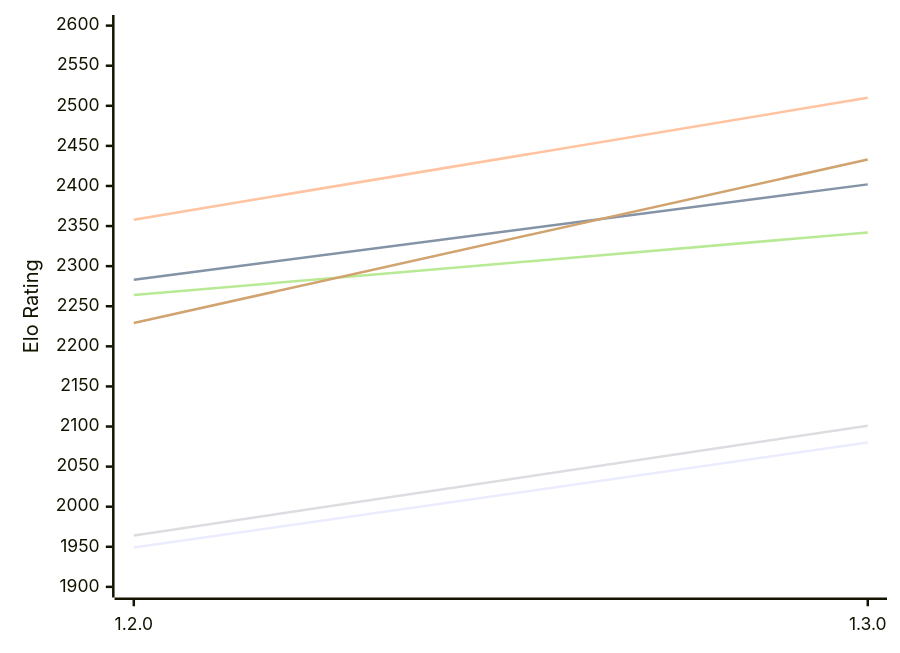
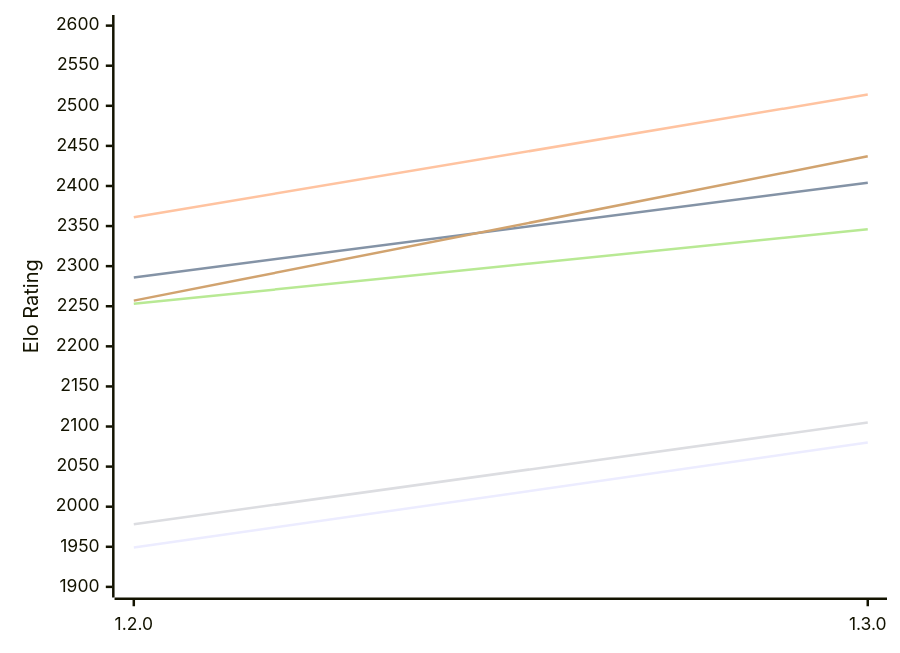
The first of 2 diagrams in engines/Anodos.md (computer-chess-index/cci), drawn with Mermaid before and after one commit. The commit also changed other lines of this file, not shown here.

Commit message:
Update CCI Ratings (ELO VLTC) - 2026-11-20

````diff
--- a/engines/Anodos.md
+++ b/engines/Anodos.md
@@ -52,12 +52,12 @@
 ```mermaid
 %%{init: {"theme":"base","themeVariables":{"seriesColors:['#a3a3a3','#222221','#faa371']}}}%%
 xychart-beta
   x-axis ["1.2.0", "1.3.0"]
   y-axis "Elo Rating" 1900 --> 2600
   line "E1: STC (8.0+0.08s)" [1949, 2080]
-  line "E1: LTC (60.0+0.60s)" [2283, 2402]
-  line "E1: VLTC (2m24s+1.12s)" [2358, 2510]
-  line "P1: STC (8.0+0.08s)" [1964, 2101]
-  line "P1: LTC (60.0+0.60s)" [2264, 2342]
-  line "P1: VLTC (2m24s+1.12s)" [2229, 2433]
+  line "E1: LTC (60.0+0.60s)" [2286, 2404]
+  line "E1: VLTC (2m24s+1.12s)" [2361, 2514]
+  line "P1: STC (8.0+0.08s)" [1978, 2105]
+  line "P1: LTC (60.0+0.60s)" [2253, 2346]
+  line "P1: VLTC (2m24s+1.12s)" [2257, 2437]
 ```
````
